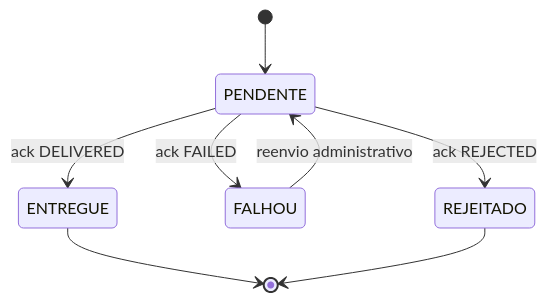
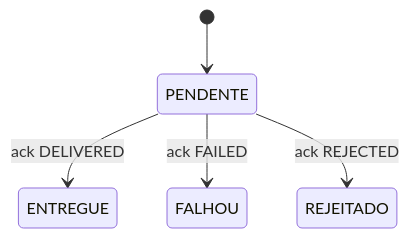
Diagram 11 of 12 in autoponto-backend/docs/diagramas-tcc.md (DanielKGM/autoponto), drawn with Mermaid before and after one commit. The commit also changed other lines of this file and 46 other files, not shown here.

````diff
--- a/autoponto-backend/docs/diagramas-tcc.md
+++ b/autoponto-backend/docs/diagramas-tcc.md
@@ -332,10 +294,7 @@
 ```mermaid
 stateDiagram-v2
     [*] --> PENDENTE
     PENDENTE --> ENTREGUE: ack DELIVERED
     PENDENTE --> FALHOU: ack FAILED
     PENDENTE --> REJEITADO: ack REJECTED
-    FALHOU --> PENDENTE: reenvio administrativo
-    ENTREGUE --> [*]
-    REJEITADO --> [*]
 ```
````
